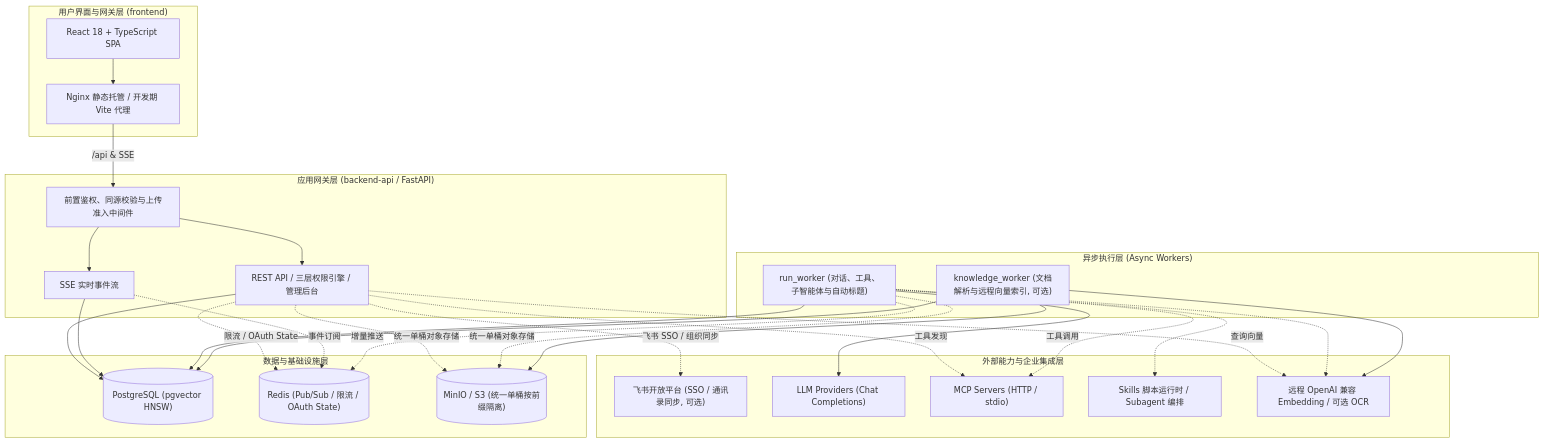
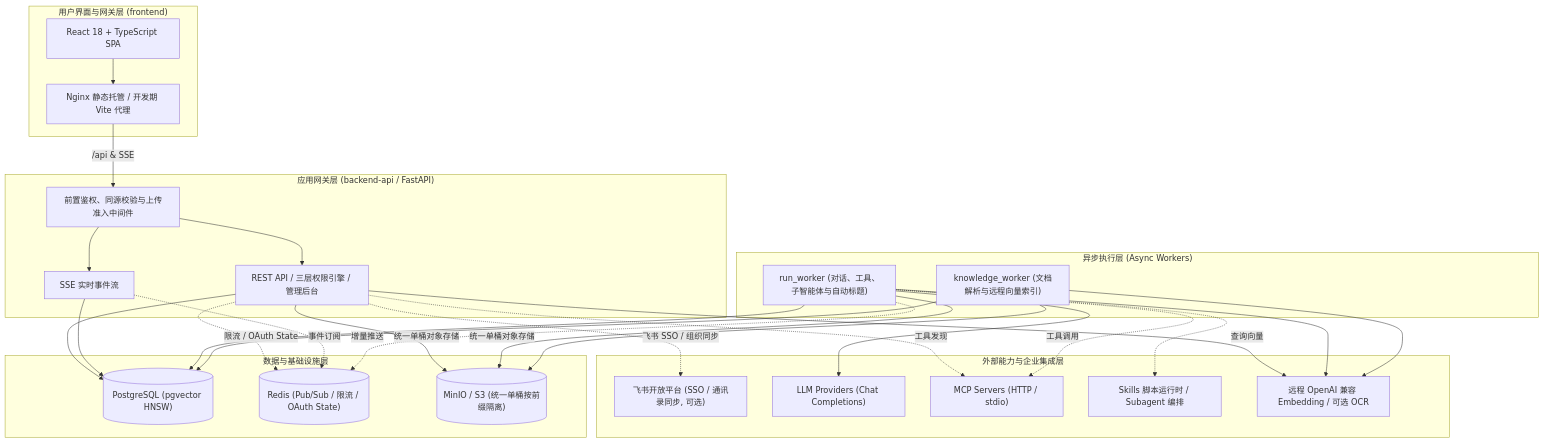
Before and after one commit to doubleu8190/Athena: the diagram in README.md, drawn with Mermaid. The commit also changed other lines of this file and 27 other files, not shown here.

````diff
--- a/README.md
+++ b/README.md
@@ -65,58 +65,58 @@
 ```mermaid
 flowchart TB
     subgraph UI["用户界面与网关层 (frontend)"]
         SPA["React 18 + TypeScript SPA"]
         Proxy["Nginx 静态托管 / 开发期 Vite 代理"]
     end
 
     subgraph Gateway["应用网关层 (backend-api / FastAPI)"]
         Middleware["前置鉴权、同源校验与上传准入中间件"]
         RestApi["REST API / 三层权限引擎 / 管理后台"]
         SseStream["SSE 实时事件流"]
     end
 
     subgraph Workers["异步执行层 (Async Workers)"]
         RunWorker["run_worker (对话、工具、子智能体与自动标题)"]
-        KbWorker["knowledge_worker (文档解析与远程向量索引, 可选)"]
+        KbWorker["knowledge_worker (文档解析与远程向量索引)"]
     end
 
     subgraph Ext["外部能力与企业集成层"]
         Feishu["飞书开放平台 (SSO / 通讯录同步, 可选)"]
         LLM["LLM Providers (Chat Completions)"]
         MCP["MCP Servers (HTTP / stdio)"]
         SkillSubagent["Skills 脚本运行时 / Subagent 编排"]
         RemoteEmbedding["远程 OpenAI 兼容 Embedding / 可选 OCR"]
     end
 
     subgraph Infra["数据与基础设施层"]
         PG[("PostgreSQL (pgvector HNSW)")]
         Redis[("Redis (Pub/Sub / 限流 / OAuth State)")]
         MinIO[("MinIO / S3 (统一单桶按前缀隔离)")]
     end
 
     SPA --> Proxy
     Proxy -->|"/api & SSE"| Middleware
     Middleware --> RestApi
     Middleware --> SseStream
 
     RestApi --> PG
     SseStream --> PG
     RestApi -.->|"限流 / OAuth State"| Redis
     SseStream -.->|"事件订阅"| Redis
     RestApi -.->|"飞书 SSO / 组织同步"| Feishu
-    RestApi -.->|"统一单桶对象存储"| MinIO
+    RestApi -->|"统一单桶对象存储"| MinIO
     RestApi -.->|"工具发现"| MCP
-    RestApi -.->|"查询向量"| RemoteEmbedding
+    RestApi -->|"查询向量"| RemoteEmbedding
 
     RunWorker --> PG
     RunWorker -.->|"增量推送"| Redis
-    RunWorker -.->|"统一单桶对象存储"| MinIO
+    RunWorker -->|"统一单桶对象存储"| MinIO
     RunWorker --> LLM
     RunWorker -.->|"工具调用"| MCP
     RunWorker -.-> SkillSubagent
-    RunWorker -.-> RemoteEmbedding
+    RunWorker --> RemoteEmbedding
 
     KbWorker --> PG
     KbWorker --> MinIO
     KbWorker --> RemoteEmbedding
 ```
````
